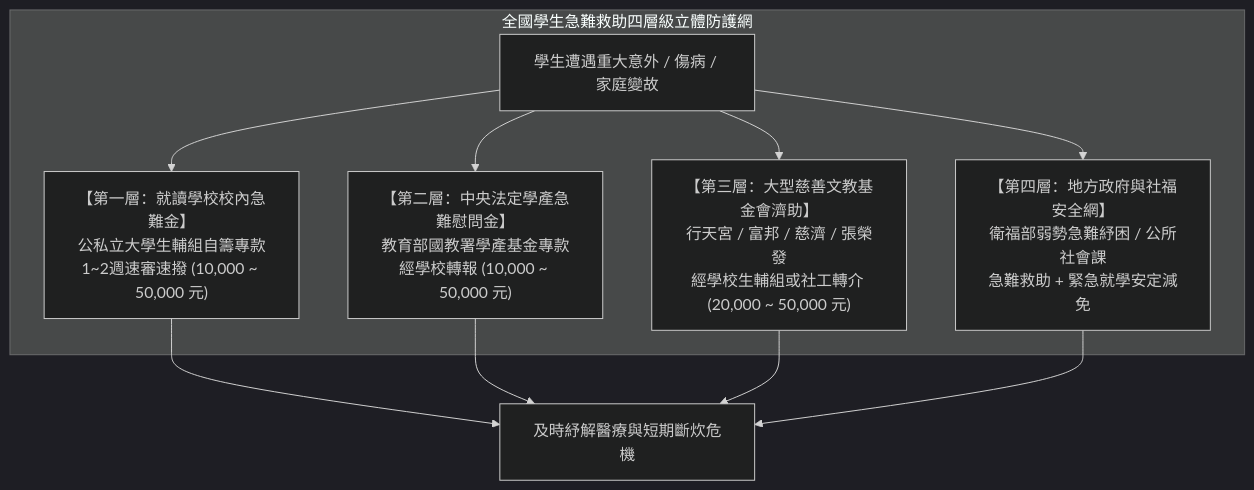
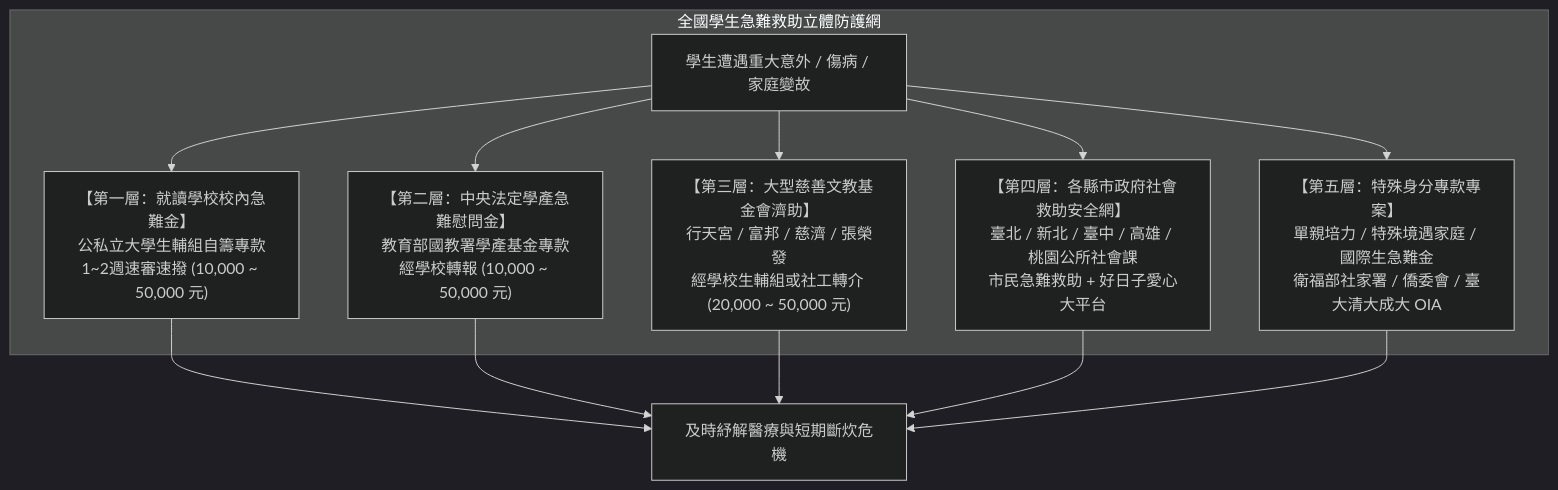
Before and after one commit to matt-ye/opengsa: the first of 3 diagrams in docs/EMERGENCY-RELIEF-FUNDS-EXPANSION-SURVEY.md, drawn with Mermaid (dark theme). The commit also changed other lines of this file and 11 other files, not shown here.

````diff
--- a/docs/EMERGENCY-RELIEF-FUNDS-EXPANSION-SURVEY.md
+++ b/docs/EMERGENCY-RELIEF-FUNDS-EXPANSION-SURVEY.md
@@ -21,13 +23,15 @@
 ```mermaid
 flowchart TD
-    subgraph 全國學生急難救助四層級立體防護網
+    subgraph 全國學生急難救助立體防護網
         E["學生遭遇重大意外 / 傷病 / 家庭變故"] --> T1["【第一層：就讀學校校內急難金】<br/>公私立大學生輔組自籌專款<br/>1~2週速審速撥 (10,000 ~ 50,000 元)"]
         E --> T2["【第二層：中央法定學產急難慰問金】<br/>教育部國教署學產基金專款<br/>經學校轉報 (10,000 ~ 50,000 元)"]
         E --> T3["【第三層：大型慈善文教基金會濟助】<br/>行天宮 / 富邦 / 慈濟 / 張榮發<br/>經學校生輔組或社工轉介 (20,000 ~ 50,000 元)"]
-        E --> T4["【第四層：地方政府與社福安全網】<br/>衛福部弱勢急難紓困 / 公所社會課<br/>急難救助 + 緊急就學安定減免"]
+        E --> T4["【第四層：各縣市政府社會救助安全網】<br/>臺北 / 新北 / 臺中 / 高雄 / 桃園公所社會課<br/>市民急難救助 + 好日子愛心大平台"]
+        E --> T5["【第五層：特殊身分專款專案】<br/>單親培力 / 特殊境遇家庭 / 國際生急難金<br/>衛福部社家署 / 僑委會 / 臺大清大成大 OIA"]
     end
     T1 --> R["及時紓解醫療與短期斷炊危機"]
     T2 --> R
     T3 --> R
     T4 --> R
+    T5 --> R
 ```
````
